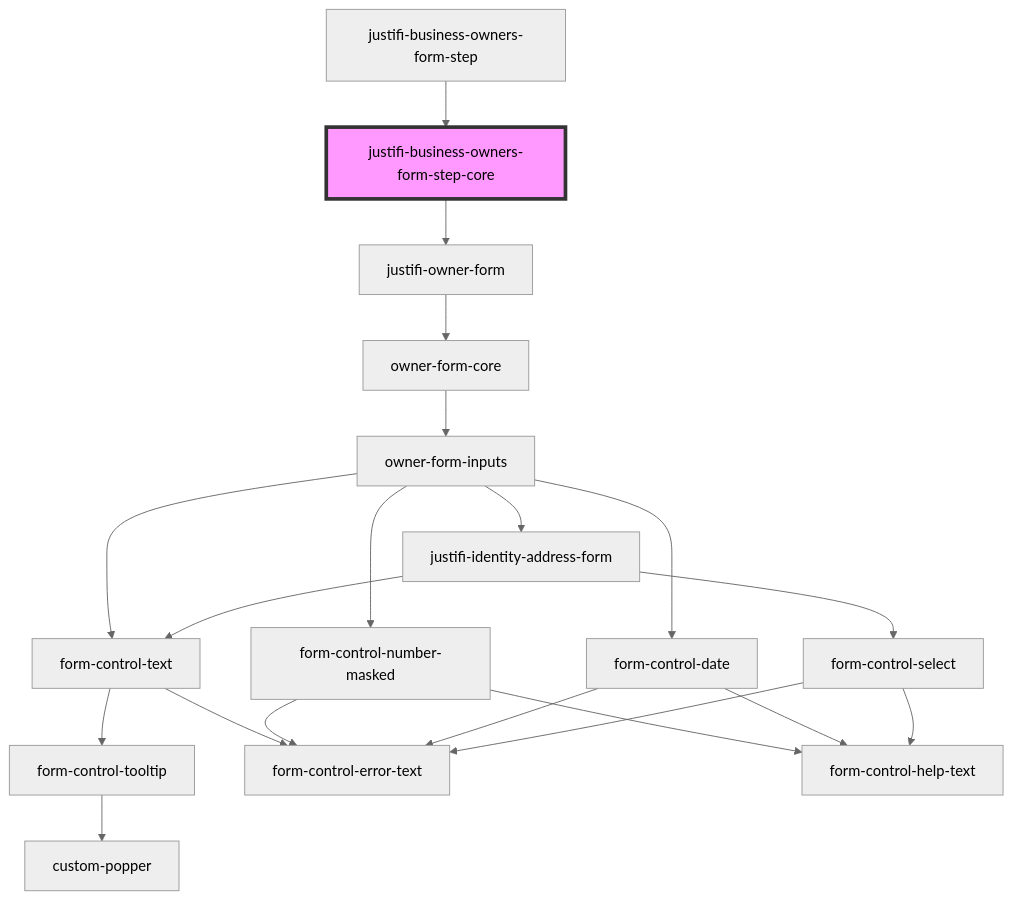
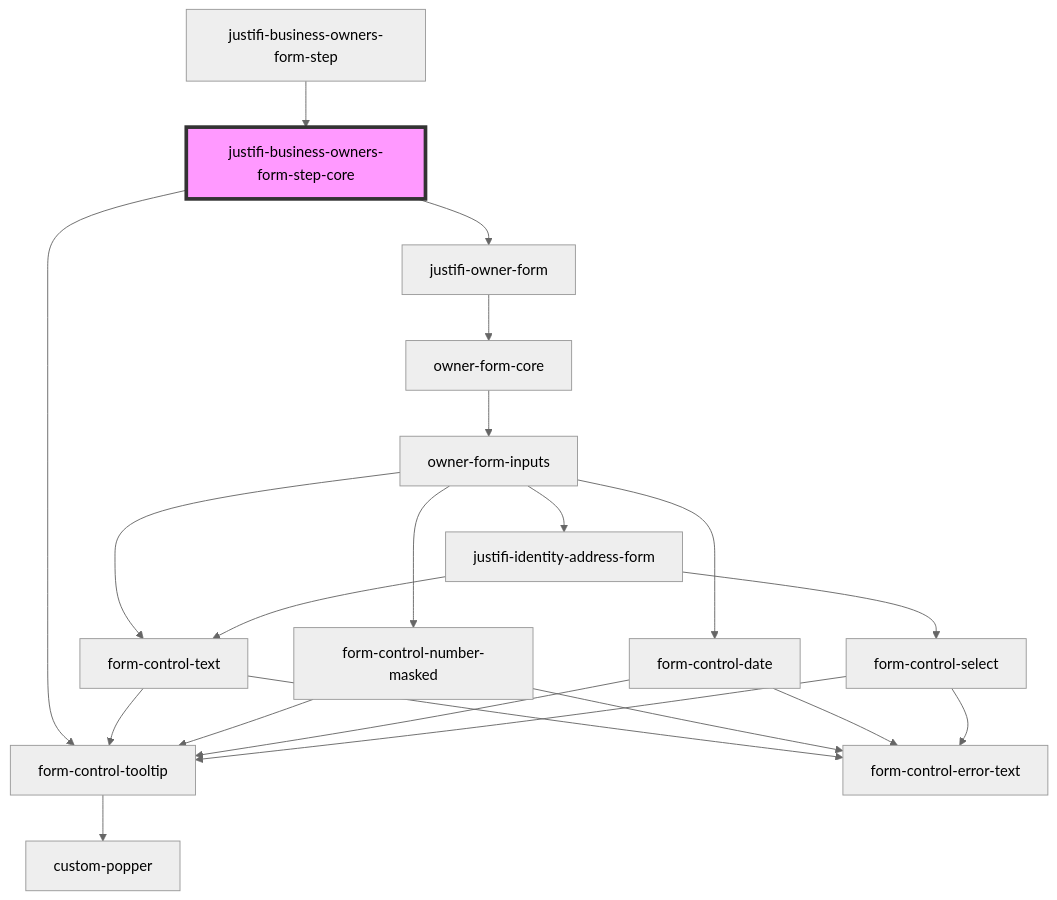
The diagram in packages/webcomponents/src/components/business-forms/payment-provisioning/business-owners/readme.md (justifi-tech/web-component-library), drawn with Mermaid (neutral theme) before and after one commit. The commit also changed other lines of this file and 15 other files, not shown here.

Commit message:
Remove semi-colon from tooltip text, update readme files

````diff
--- a/packages/webcomponents/src/components/business-forms/payment-provisioning/business-owners/readme.md
+++ b/packages/webcomponents/src/components/business-forms/payment-provisioning/business-owners/readme.md
@@ -59,23 +60,24 @@
 ```mermaid
 graph TD;
+  justifi-business-owners-form-step-core --> form-control-tooltip
   justifi-business-owners-form-step-core --> justifi-owner-form
+  form-control-tooltip --> custom-popper
   justifi-owner-form --> owner-form-core
   owner-form-core --> owner-form-inputs
   owner-form-inputs --> form-control-text
   owner-form-inputs --> form-control-number-masked
   owner-form-inputs --> form-control-date
   owner-form-inputs --> justifi-identity-address-form
   form-control-text --> form-control-tooltip
   form-control-text --> form-control-error-text
-  form-control-tooltip --> custom-popper
-  form-control-number-masked --> form-control-help-text
+  form-control-number-masked --> form-control-tooltip
   form-control-number-masked --> form-control-error-text
-  form-control-date --> form-control-help-text
+  form-control-date --> form-control-tooltip
   form-control-date --> form-control-error-text
   justifi-identity-address-form --> form-control-text
   justifi-identity-address-form --> form-control-select
-  form-control-select --> form-control-help-text
+  form-control-select --> form-control-tooltip
   form-control-select --> form-control-error-text
   justifi-business-owners-form-step --> justifi-business-owners-form-step-core
   style justifi-business-owners-form-step-core fill:#f9f,stroke:#333,stroke-width:4px
 ```
````
